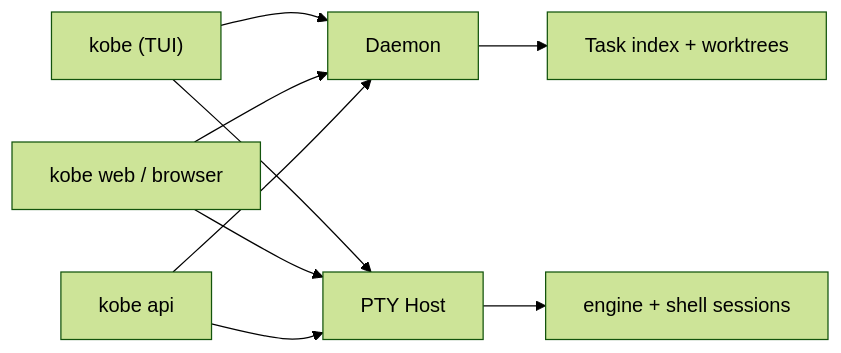
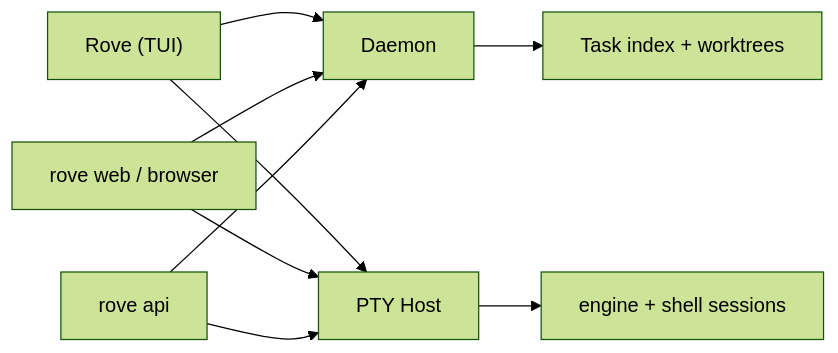
One commit to Sma1lboy/kobe changed the diagram in docs/CONCEPTS.md. Above: the diagram before and after it, drawn with Mermaid (forest theme). The commit also changed other lines of this file and 215 other files, not shown here.

````diff
--- a/docs/CONCEPTS.md
+++ b/docs/CONCEPTS.md
@@ -71,11 +71,11 @@
 ```mermaid
 flowchart LR
-  TUI["kobe (TUI)"] --> D["Daemon"]
-  WEB["kobe web / browser"] --> D
-  API["kobe api"] --> D
+  TUI["Rove (TUI)"] --> D["Daemon"]
+  WEB["rove web / browser"] --> D
+  API["rove api"] --> D
   TUI --> P["PTY Host"]
   WEB --> P
   API --> P
   D --> IDX["Task index + worktrees"]
   P --> E["engine + shell sessions"]
 ```
````
